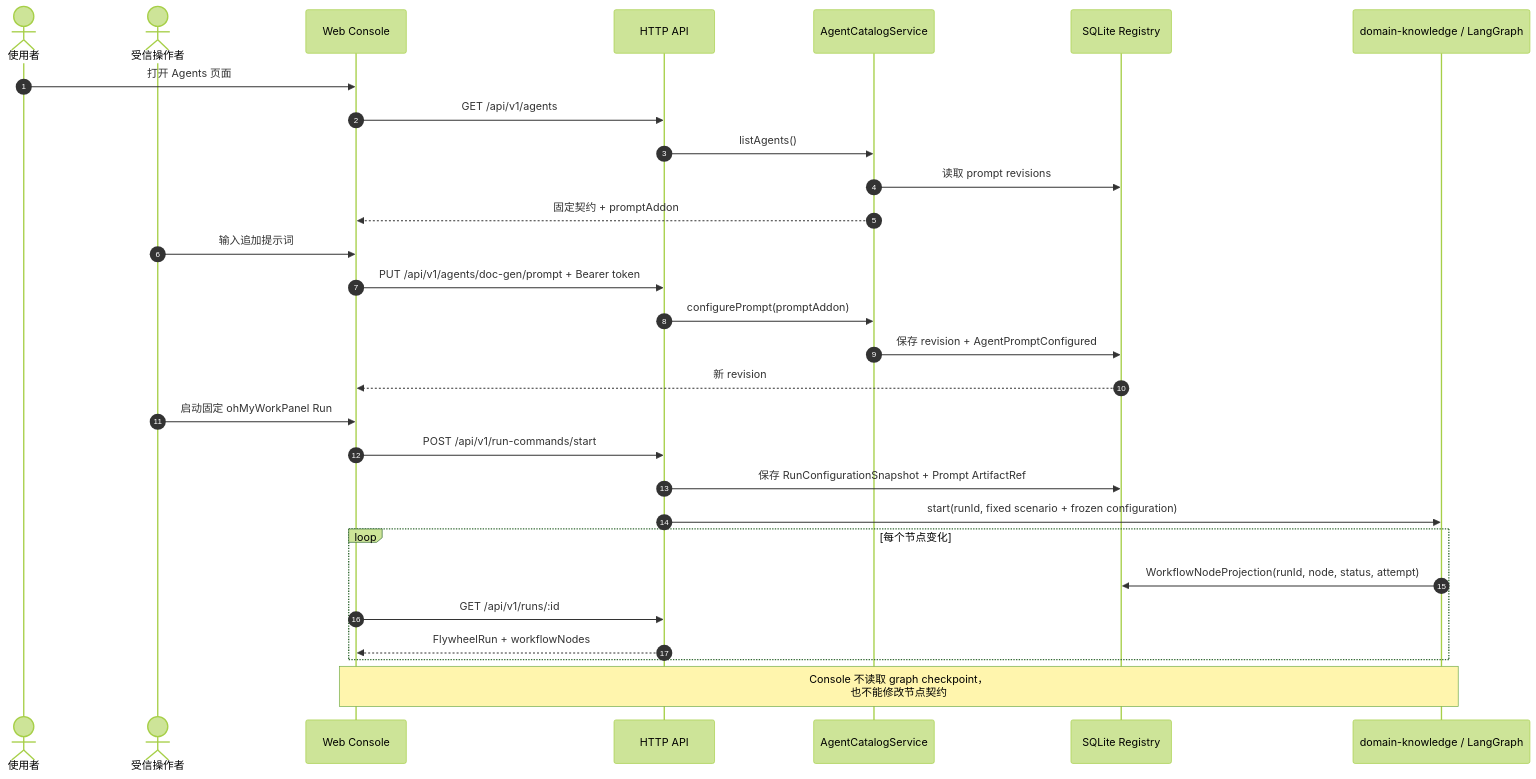
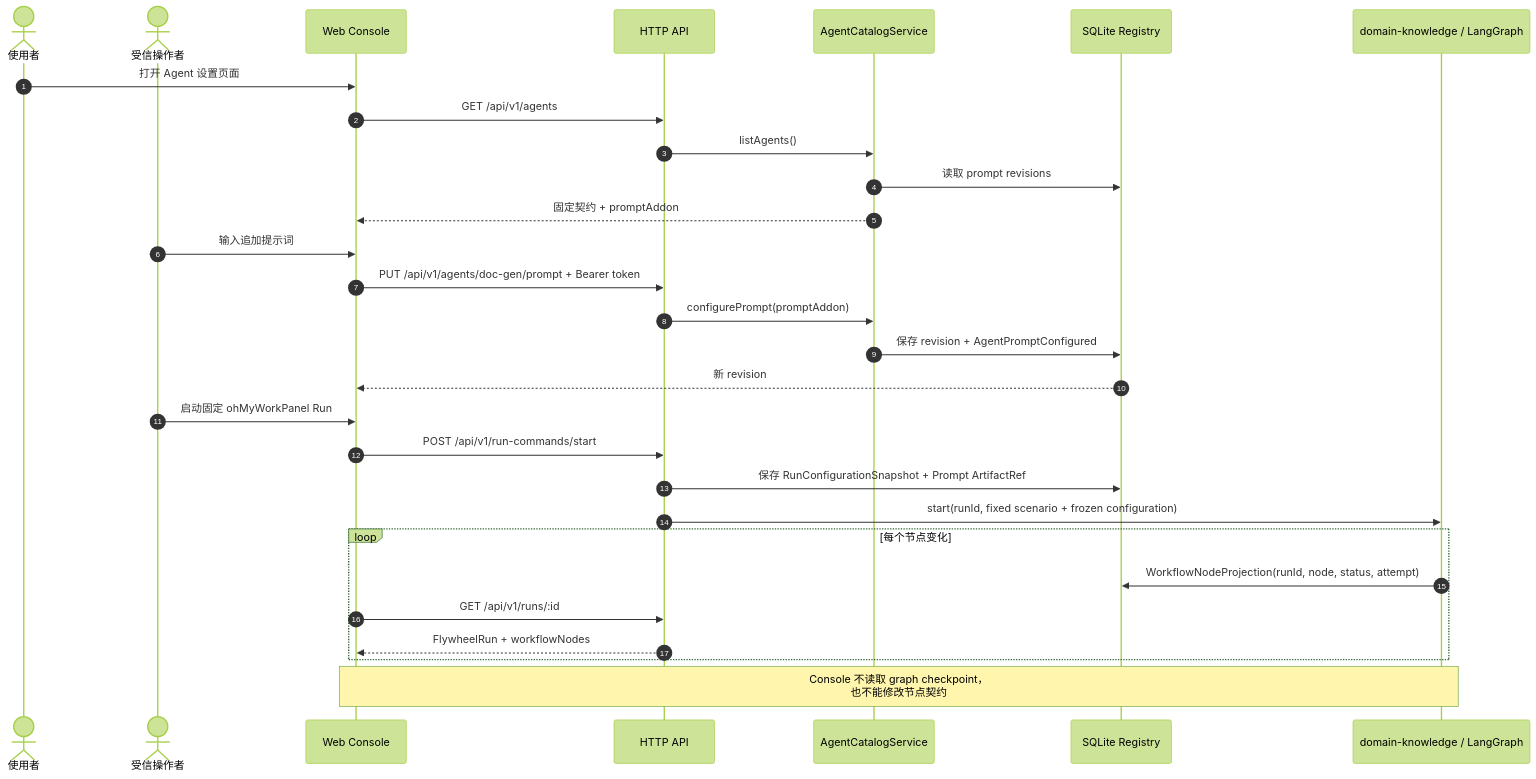
One commit to linlisWorkTeam/domain-knowledge changed the sixth of 6 diagrams in specs/05-workflows/user-use-cases.md. Above: the diagram before and after it, drawn with Mermaid (forest theme). The commit also changed other lines of this file and 10 other files, not shown here.

````diff
--- a/specs/05-workflows/user-use-cases.md
+++ b/specs/05-workflows/user-use-cases.md
@@ -341,34 +364,34 @@
 ```mermaid
 sequenceDiagram
     autonumber
     actor User as 使用者
     actor Operator as 受信操作者
     participant Console as Web Console
     participant API as HTTP API
     participant Catalog as AgentCatalogService
     participant Registry as SQLite Registry
     participant Graph as domain-knowledge / LangGraph
 
-    User->>Console: 打开 Agents 页面
+    User->>Console: 打开 Agent 设置页面
     Console->>API: GET /api/v1/agents
     API->>Catalog: listAgents()
     Catalog->>Registry: 读取 prompt revisions
     Catalog-->>Console: 固定契约 + promptAddon
 
     Operator->>Console: 输入追加提示词
     Console->>API: PUT /api/v1/agents/doc-gen/prompt + Bearer token
     API->>Catalog: configurePrompt(promptAddon)
     Catalog->>Registry: 保存 revision + AgentPromptConfigured
     Registry-->>Console: 新 revision
 
     Operator->>Console: 启动固定 ohMyWorkPanel Run
     Console->>API: POST /api/v1/run-commands/start
     API->>Registry: 保存 RunConfigurationSnapshot + Prompt ArtifactRef
     API->>Graph: start(runId, fixed scenario + frozen configuration)
     loop 每个节点变化
         Graph->>Registry: WorkflowNodeProjection(runId, node, status, attempt)
         Console->>API: GET /api/v1/runs/:id
         API-->>Console: FlywheelRun + workflowNodes
     end
     Note over Console,Graph: Console 不读取 graph checkpoint，<br/>也不能修改节点契约
 ```
````
